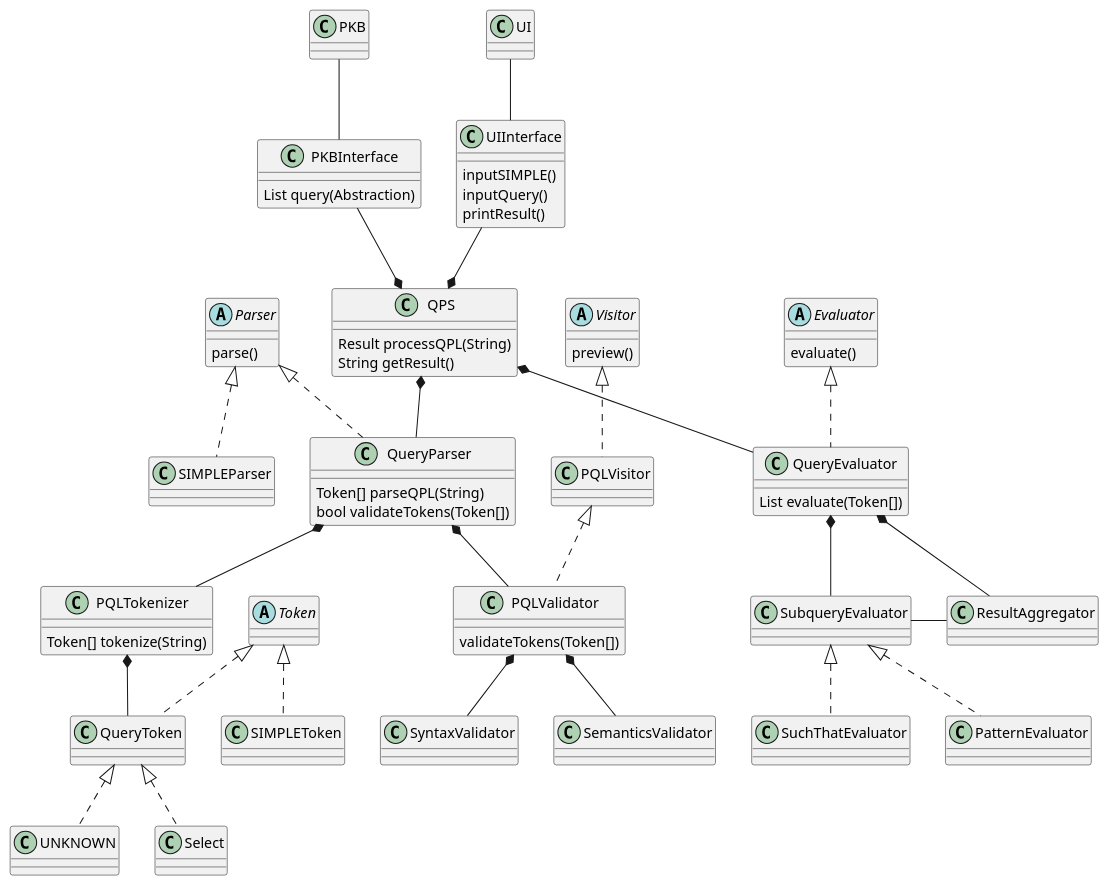
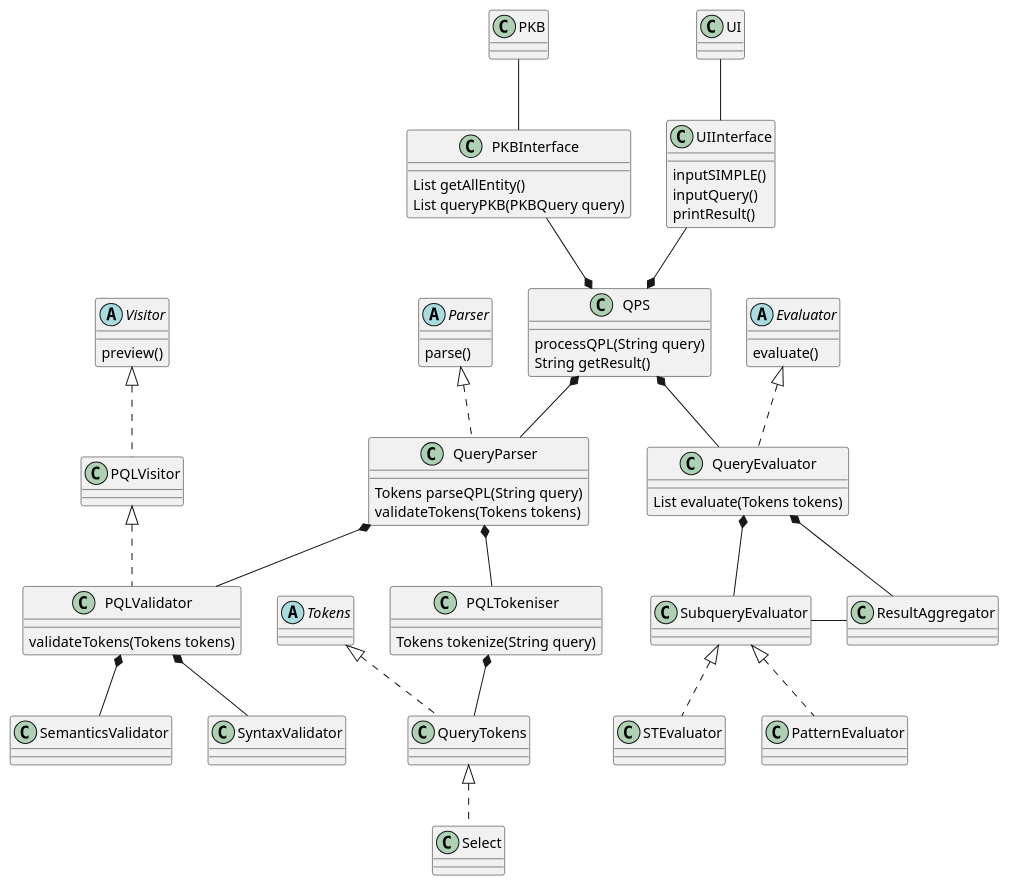
One commit to mazx4960/static-analyzer changed the diagram in docs/diagrams/QPSClassDiagram.puml. Above: the diagram before and after it, drawn with PlantUML.

Commit message:
docs: update QPS Class diagram

```diff
--- a/docs/diagrams/QPSClassDiagram.puml
+++ b/docs/diagrams/QPSClassDiagram.puml
@@ -1,86 +1,84 @@
 @startuml
 
 abstract class  "Parser" {
 	parse()
 }
 
-abstract class  "Token" {}
+abstract class  "Tokens" {}
 
 abstract class  "Visitor" {
 	preview()
 }
 
 abstract class  "Evaluator" {
 	evaluate()
 }
 
 class UIInterface {
 	inputSIMPLE()
 	inputQuery()
 	printResult()
 }
 
 class PKBInterface {
-	List query(Abstraction)
+	List getAllEntity()
+	List queryPKB(PKBQuery query)
 }
 
 class QPS {
-	Result processQPL(String)
+	processQPL(String query)
 	String getResult()
 }
 
 class QueryParser {
-	Token[] parseQPL(String)
-	bool validateTokens(Token[])
+	Tokens parseQPL(String query)
+	validateTokens(Tokens tokens)
 }
 
-class PQLTokenizer {
-	Token[] tokenize(String)
+class PQLTokeniser {
+	Tokens tokenize(String query)
 }
 
 class PQLValidator {
-	validateTokens(Token[])
+	validateTokens(Tokens tokens)
 }
 
 class QueryEvaluator {
-	List evaluate(Token[])
+	List evaluate(Tokens tokens)
 }
 
 Evaluator <|.down. QueryEvaluator
 
 Parser <|.down. QueryParser
-Parser <|.down. SIMPLEParser
 
-Token <|.down. SIMPLEToken
-Token <|.down. QueryToken
+Tokens <|.down. QueryTokens
 
-QueryToken <|.down. UNKNOWN
-QueryToken <|.down. Select
+QueryTokens <|.down. Select
 
 Visitor <|.down. PQLVisitor
 PQLVisitor <|.down. PQLValidator
 
 UI -down- UIInterface
 PKB -down- PKBInterface
 
 QPS *-up- UIInterface
 QPS *-up- PKBInterface
 QPS *-down- QueryParser
 QPS *-down- QueryEvaluator
 
-QueryParser *-down- PQLTokenizer
+QueryParser *-down- PQLTokeniser
 QueryParser *-down- PQLValidator
 
-PQLTokenizer *-down- QueryToken
+PQLTokeniser *-down- QueryTokens
 
 PQLValidator *-down- SyntaxValidator
 PQLValidator *-down- SemanticsValidator
 
 QueryEvaluator *-down- SubqueryEvaluator
 QueryEvaluator *-down- ResultAggregator
 
-SubqueryEvaluator <|.down. SuchThatEvaluator
+SubqueryEvaluator <|.down. STEvaluator
 SubqueryEvaluator <|.down. PatternEvaluator
 SubqueryEvaluator -right- ResultAggregator
 
 @enduml
```
